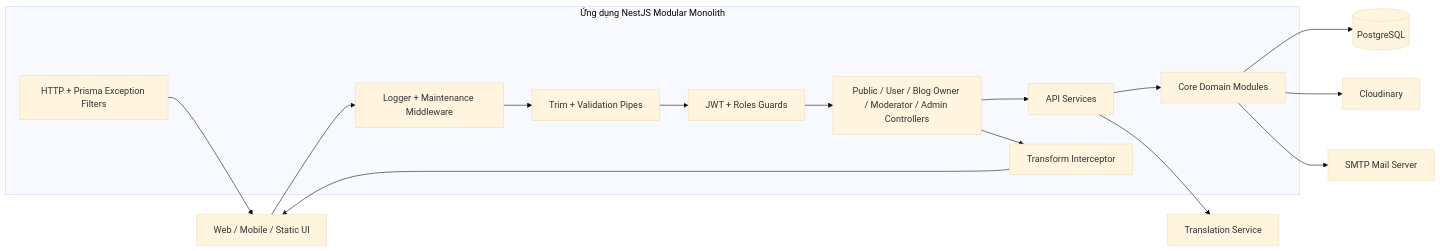
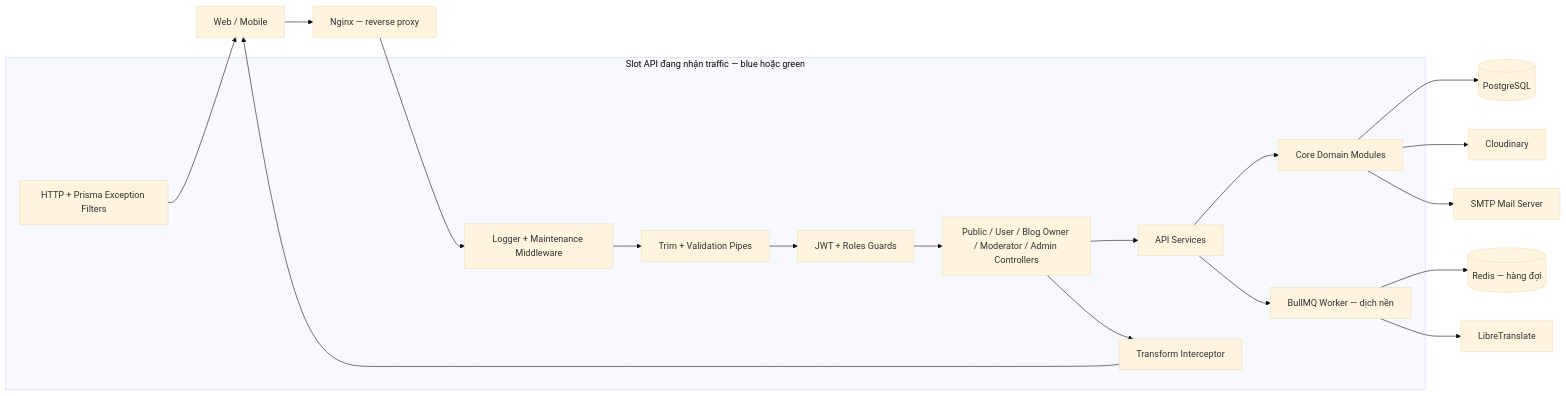
The first of 5 diagrams in docs/Preview Documentation/PROJECT_OVERVIEW.md (ngocha3792/Quan-ly-blog), drawn with Mermaid (base theme) before and after one commit. The commit also changed other lines of this file, not shown here.

````diff
--- a/docs/Preview Documentation/PROJECT_OVERVIEW.md
+++ b/docs/Preview Documentation/PROJECT_OVERVIEW.md
@@ -126,28 +135,33 @@
 ```mermaid
 flowchart LR
-    Client[Web / Mobile / Static UI]
+    Client[Web / Mobile]
+    Nginx[Nginx — reverse proxy]
 
-    subgraph NestJS[Ứng dụng NestJS Modular Monolith]
+    subgraph Slot[Slot API đang nhận traffic — blue hoặc green]
         MW[Logger + Maintenance Middleware]
         GUARD[JWT + Roles Guards]
         PIPE[Trim + Validation Pipes]
         API[Public / User / Blog Owner / Moderator / Admin Controllers]
         SERVICE[API Services]
         CORE[Core Domain Modules]
+        WORKER[BullMQ Worker — dịch nền]
         INTERCEPTOR[Transform Interceptor]
         FILTER[HTTP + Prisma Exception Filters]
     end
 
     DB[(PostgreSQL)]
+    REDIS[(Redis — hàng đợi)]
     CLOUD[Cloudinary]
     MAIL[SMTP Mail Server]
-    TRANS[Translation Service]
+    LT[LibreTranslate]
 
-    Client --> MW --> PIPE --> GUARD --> API --> SERVICE --> CORE
+    Client --> Nginx --> MW --> PIPE --> GUARD --> API --> SERVICE --> CORE
+    SERVICE --> WORKER
+    WORKER --> REDIS
+    WORKER --> LT
     CORE --> DB
     CORE --> CLOUD
     CORE --> MAIL
-    SERVICE --> TRANS
     API --> INTERCEPTOR --> Client
     FILTER --> Client
 ```
````
